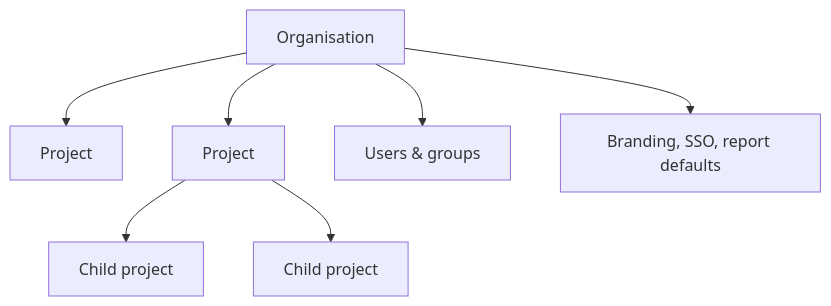
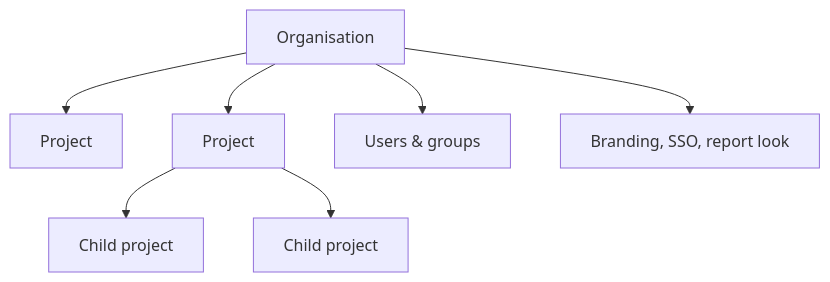
Before and after one commit to ballardr/reqtrackmanager: the diagram in docs/website/docs/concepts/organisations-and-projects.md, drawn with Mermaid. The commit also changed 918 other files, not shown here.

````diff
--- a/docs/website/docs/concepts/organisations-and-projects.md
+++ b/docs/website/docs/concepts/organisations-and-projects.md
@@ -11,9 +11,9 @@
 ```mermaid
 flowchart TB
     Org[Organisation] --> P1[Project]
     Org --> P2[Project]
     P2 --> P2a[Child project]
     P2 --> P2b[Child project]
     Org --> Users["Users & groups"]
-    Org --> Settings["Branding, SSO, report defaults"]
+    Org --> Settings["Branding, SSO, report look"]
 ```
````
